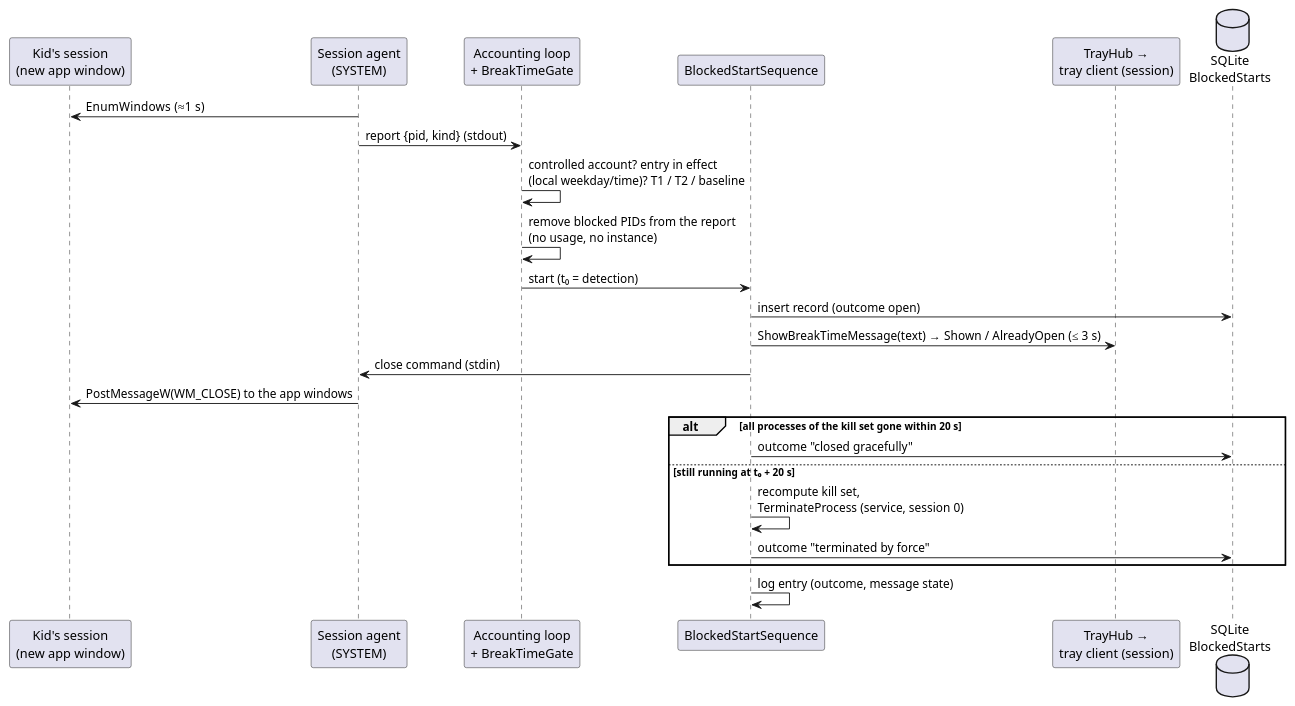
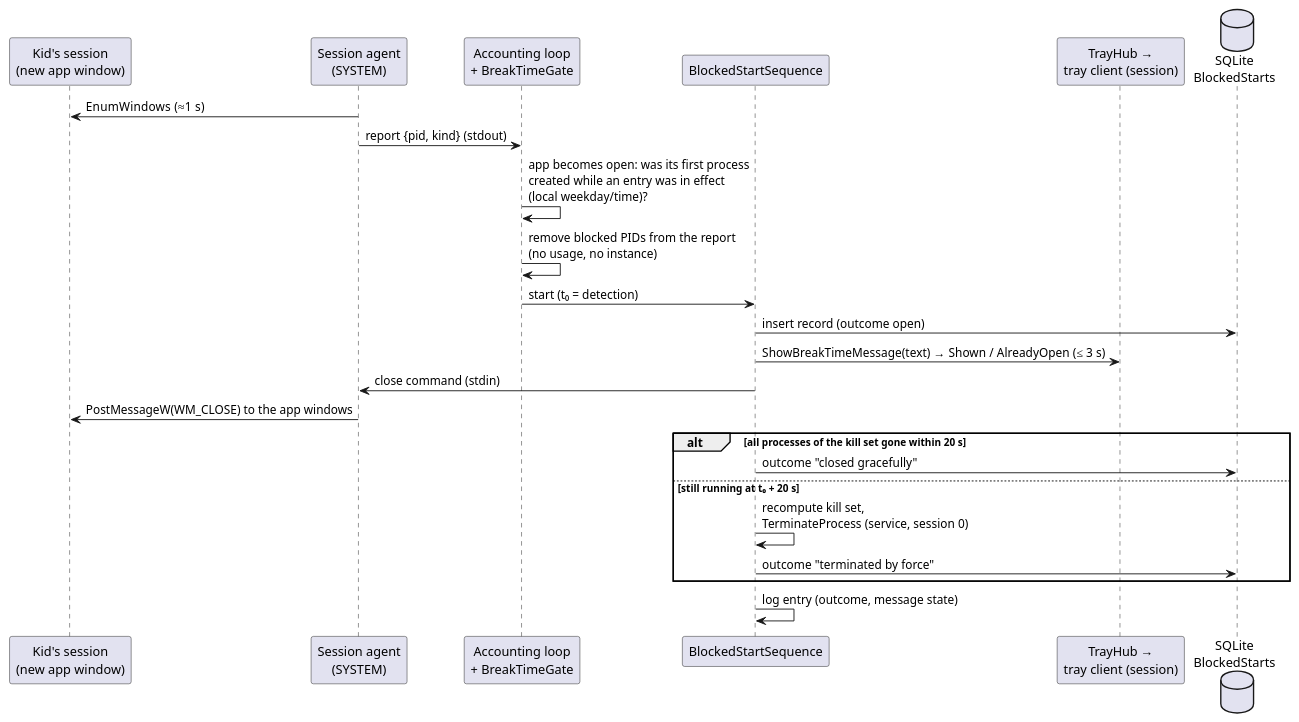
The tenth of 17 diagrams in 02_Implementation/docs/architecture/arc42/system-architecture.md (adlemich/EagleEye), drawn with PlantUML before and after one commit. The commit also changed other lines of this file and 9 other files, not shown here.

````diff
--- a/02_Implementation/docs/architecture/arc42/system-architecture.md
+++ b/02_Implementation/docs/architecture/arc42/system-architecture.md
@@ -521,27 +521,27 @@
 ```plantuml
 @startuml Blocked Start
 participant "Kid's session\n(new app window)" as WIN
 participant "Session agent\n(SYSTEM)" as AG
 participant "Accounting loop\n+ BreakTimeGate" as GATE
 participant "BlockedStartSequence" as SEQ
 participant "TrayHub →\ntray client (session)" as TRAY
 database "SQLite\nBlockedStarts" as DB
 
 AG -> WIN : EnumWindows (≈1 s)
 AG -> GATE : report {pid, kind} (stdout)
-GATE -> GATE : controlled account? entry in effect\n(local weekday/time)? T1 / T2 / baseline
+GATE -> GATE : app becomes open: was its first process\ncreated while an entry was in effect\n(local weekday/time)?
 GATE -> GATE : remove blocked PIDs from the report\n(no usage, no instance)
 GATE -> SEQ : start (t₀ = detection)
 SEQ -> DB : insert record (outcome open)
 SEQ -> TRAY : ShowBreakTimeMessage(text) → Shown / AlreadyOpen (≤ 3 s)
 SEQ -> AG : close command (stdin)
 AG -> WIN : PostMessageW(WM_CLOSE) to the app windows
 alt all processes of the kill set gone within 20 s
   SEQ -> DB : outcome "closed gracefully"
 else still running at t₀ + 20 s
   SEQ -> SEQ : recompute kill set,\nTerminateProcess (service, session 0)
   SEQ -> DB : outcome "terminated by force"
 end
 SEQ -> SEQ : log entry (outcome, message state)
 @enduml
 ```
````
